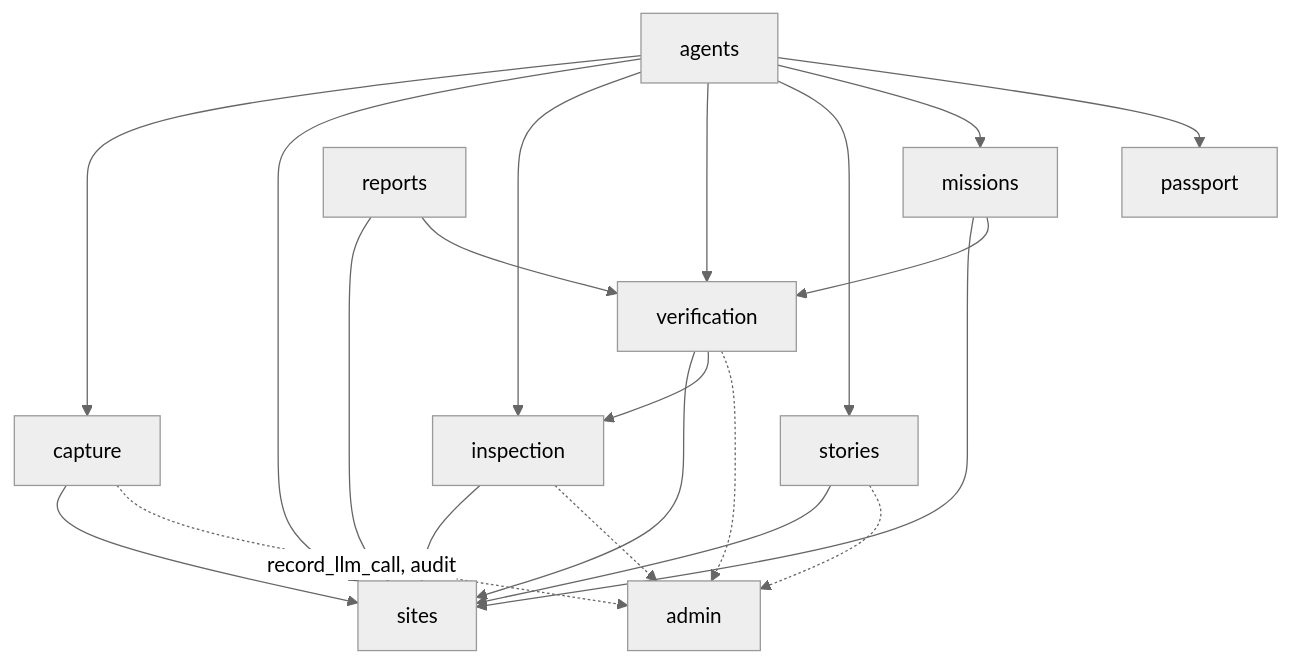
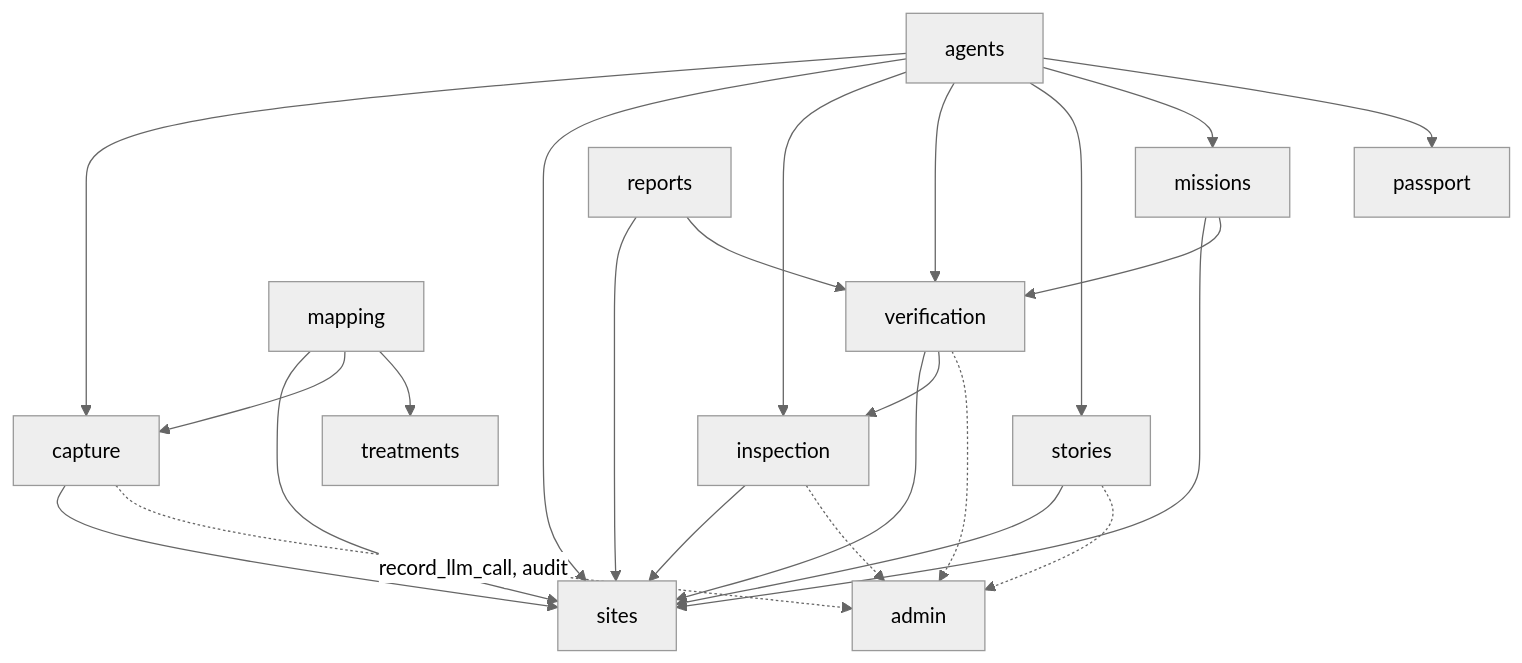
The first of 8 diagrams in docs/03-architecture.md (Muath477/Athar), drawn with Mermaid (neutral theme) before and after one commit. The commit also changed other lines of this file and 11 other files, not shown here.

````diff
--- a/docs/03-architecture.md
+++ b/docs/03-architecture.md
@@ -40,23 +42,26 @@
 ```mermaid
 flowchart TD
   agents --> capture
   agents --> sites
   agents --> inspection
   agents --> verification
   agents --> stories
   agents --> missions
   agents --> passport
   capture --> sites
   inspection --> sites
   verification --> sites
   verification --> inspection
   stories --> sites
   missions --> sites
   missions --> verification
   reports --> sites
   reports --> verification
+  mapping --> sites
+  mapping --> capture
+  mapping --> treatments
   capture -.->|record_llm_call, audit| admin
   inspection -.-> admin
   verification -.-> admin
   stories -.-> admin
 ```
````
